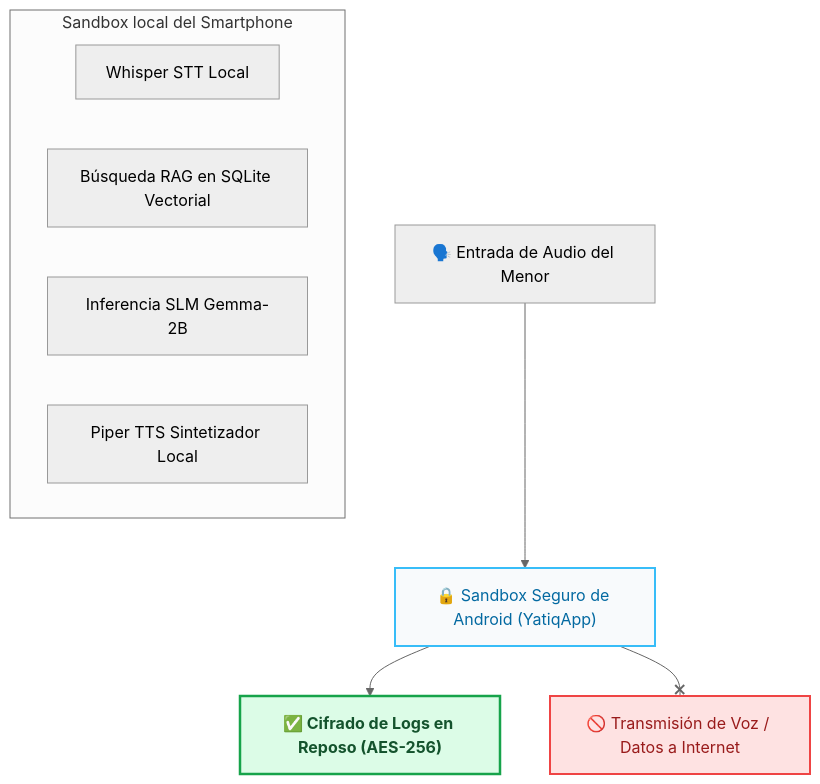
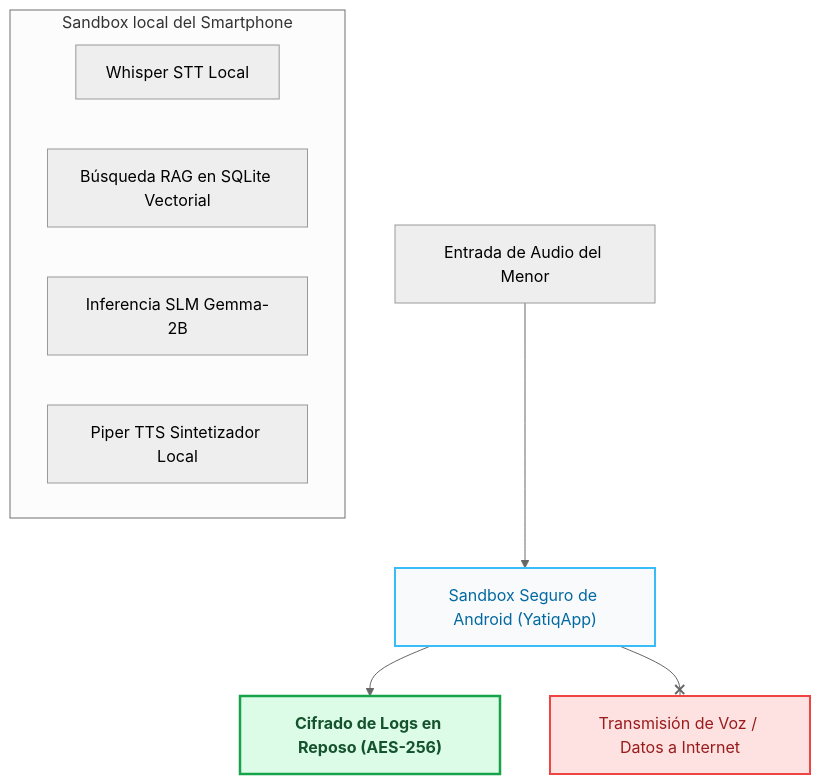
One commit to jhanslarico11/Perfil-de-Egreso changed the third of 4 diagrams in docs/ChristianRafaelMamaniCallata/entregable5.md. Above: the diagram before and after it, drawn with Mermaid (neutral theme). The commit also changed other lines of this file and 4 other files, not shown here.

Commit message:
Remocion de emojis de los diagramas Mermaid para una apariencia academica limpia

````diff
--- a/docs/ChristianRafaelMamaniCallata/entregable5.md
+++ b/docs/ChristianRafaelMamaniCallata/entregable5.md
@@ -168,18 +168,18 @@
 ```mermaid
 graph TD
     classDef safe fill:#dcfce7,stroke:#16a34a,stroke-width:2.5px,color:#14532d,font-weight:bold;
     classDef danger fill:#fee2e2,stroke:#ef4444,stroke-width:2px,color:#991b1b;
     classDef sand fill:#f8fafc,stroke:#38bdf8,stroke-width:2px,color:#0369a1;
 
-    Audio["🗣️ Entrada de Audio del Menor"] --> Sandbox["🔒 Sandbox Seguro de Android (YatiqApp)"]:::sand
+    Audio["Entrada de Audio del Menor"] --> Sandbox["Sandbox Seguro de Android (YatiqApp)"]:::sand
     
     subgraph Sandbox local del Smartphone
         STT[" Whisper STT Local"]
         RAG[" Búsqueda RAG en SQLite Vectorial"]
         LLM[" Inferencia SLM Gemma-2B"]
         TTS[" Piper TTS Sintetizador Local"]
     end
 
-    Sandbox --> Cripto["✅ Cifrado de Logs en Reposo (AES-256)"]:::safe
-    Sandbox --x Internet["🚫 Transmisión de Voz / Datos a Internet"]:::danger
+    Sandbox --> Cripto["Cifrado de Logs en Reposo (AES-256)"]:::safe
+    Sandbox --x Internet["Transmisión de Voz / Datos a Internet"]:::danger
 ```
````
